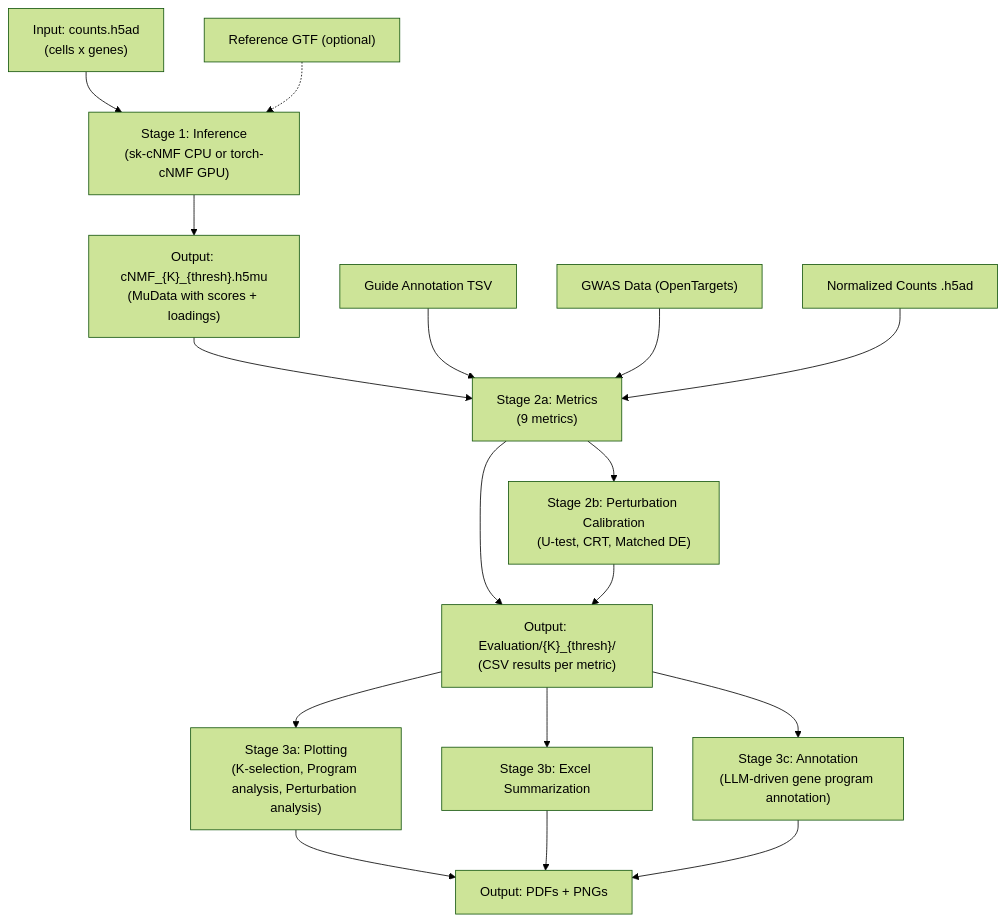
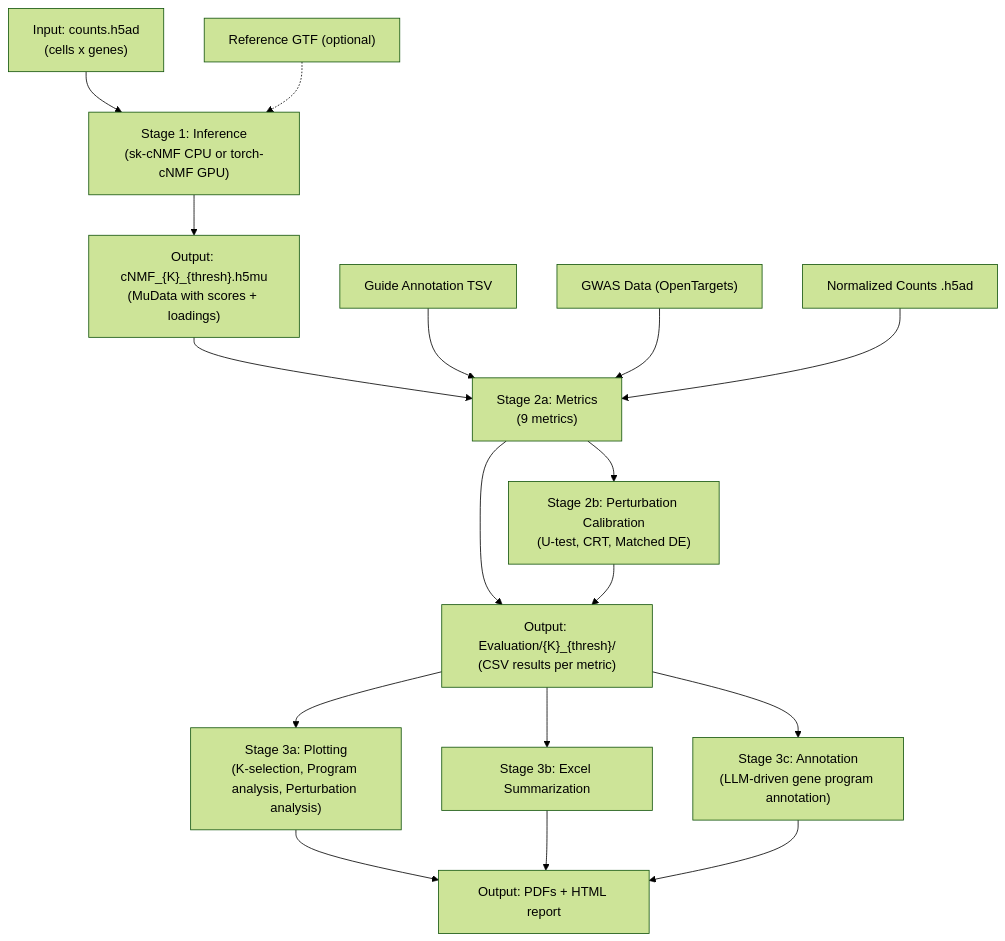
Before and after one commit to EngreitzLab/PerturbNMF: the diagram in CLAUDE.md, drawn with Mermaid (forest theme). The commit also changed 1 other file, not shown here.

Commit message:
Update mermaid diagrams: rename Stage 2a, merge plotting nodes, reorder 3b/3c
- Stage 2 Evaluation → Stage 2a Metrics
- Merge 3a/3b/3c into single Stage 3a Plotting node
- Rename Summarization to 3b, Annotation to 3c
- Output: PDFs + PNGs → PDFs + HTML report

````diff
--- a/CLAUDE.md
+++ b/CLAUDE.md
@@ -9,19 +9,19 @@
 ```mermaid
 flowchart TD
     A["Input: counts.h5ad\n(cells x genes)"] --> B["Stage 1: Inference\n(sk-cNMF CPU or torch-cNMF GPU)"]
     B --> D["Output: cNMF_{K}_{thresh}.h5mu\n(MuData with scores + loadings)"]
     D --> E["Stage 2a: Metrics\n(9 metrics)"]
     E --> F["Output: Evaluation/{K}_{thresh}/\n(CSV results per metric)"]
     E --> G["Stage 2b: Perturbation Calibration\n(U-test, CRT, Matched DE)"]
     G --> F
     F --> I["Stage 3a: Plotting\n(K-selection, Program analysis, Perturbation analysis)"]
-    I --> L["Output: PDFs + PNGs"]
+    I --> L["Output: PDFs + HTML report"]
     F --> S["Stage 3b: Excel Summarization"]
     S --> L
     F --> Q["Stage 3c: Annotation\n(LLM-driven gene program annotation)"]
     Q --> L
     M["Guide Annotation TSV"] --> E
     N["GWAS Data (OpenTargets)"] --> E
     O["Normalized Counts .h5ad"] --> E
     P["Reference GTF (optional)"] -.-> B
 ```
````
